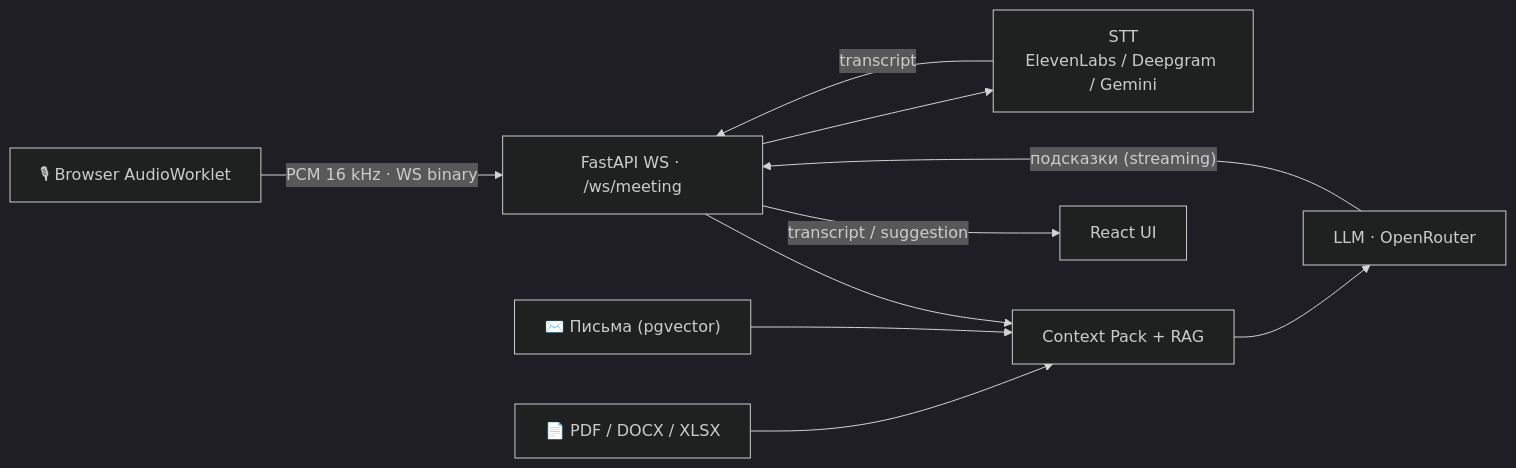
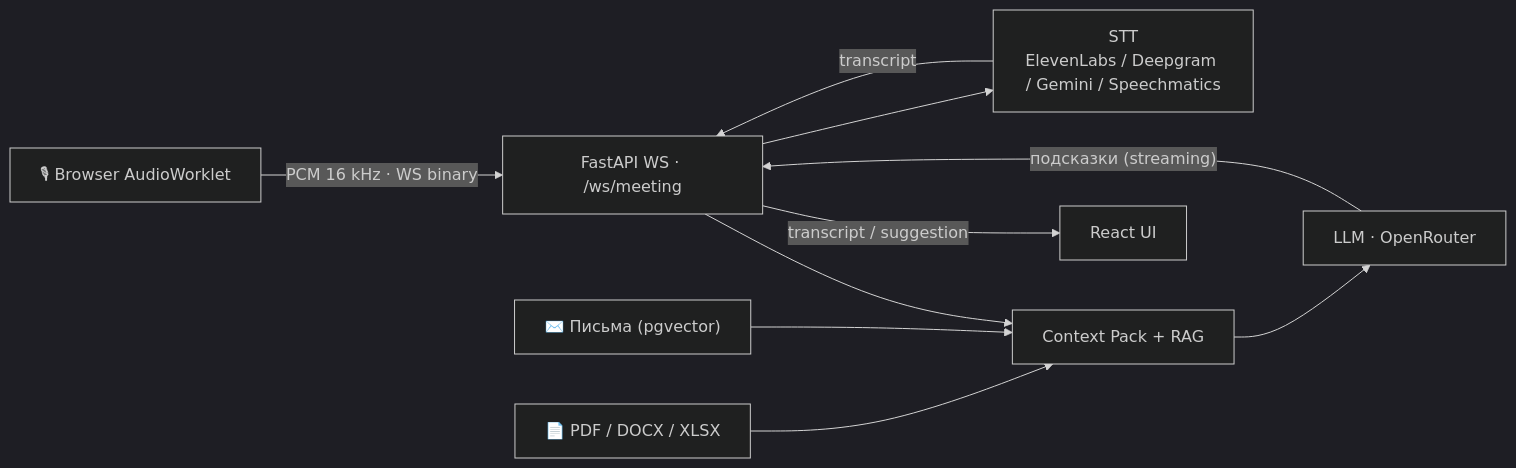
One commit to baldmaxim/MeridianAI changed the diagram in README.md. Above: the diagram before and after it, drawn with Mermaid (dark theme). The commit also changed other lines of this file and 7 other files, not shown here.

````diff
--- a/README.md
+++ b/README.md
@@ -56,12 +56,12 @@
 ```mermaid
 flowchart LR
   Mic["🎙 Browser AudioWorklet"] -->|"PCM 16 kHz · WS binary"| WS["FastAPI WS · /ws/meeting"]
-  WS --> STT["STT<br/>ElevenLabs / Deepgram / Gemini"]
+  WS --> STT["STT<br/>ElevenLabs / Deepgram / Gemini / Speechmatics"]
   STT -->|transcript| WS
   Docs["📄 PDF / DOCX / XLSX"] --> CTX["Context Pack + RAG"]
   Letters["✉️ Письма (pgvector)"] --> CTX
   WS --> CTX
   CTX --> LLM["LLM · OpenRouter"]
   LLM -->|"подсказки (streaming)"| WS
   WS -->|"transcript / suggestion"| UI["React UI"]
 ```
````
